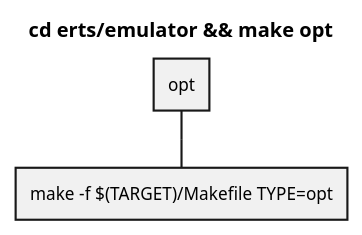
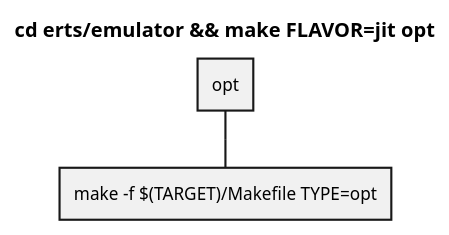
The third of 4 diagrams in makefile.md (ohr486/ErlHG), drawn with PlantUML before and after one commit. The commit also changed other lines of this file, not shown here.

Commit message:
fix makefile diagrams

````diff
--- a/makefile.md
+++ b/makefile.md
@@ -46,7 +56,7 @@
 ```plantuml
 @startwbs
-title cd erts/emulator && make opt
+title cd erts/emulator && make FLAVOR=jit opt
 * opt
 ** make -f $(TARGET)/Makefile TYPE=opt
 @endwbs
 ```
````
